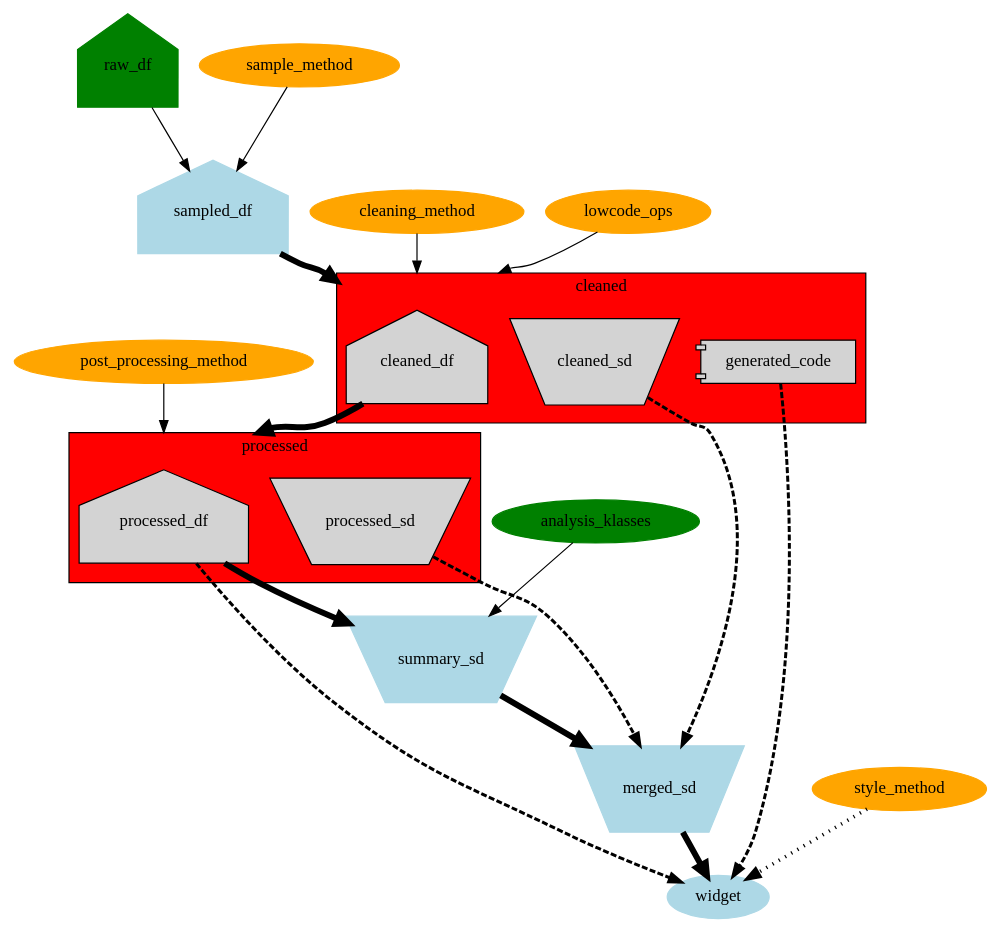
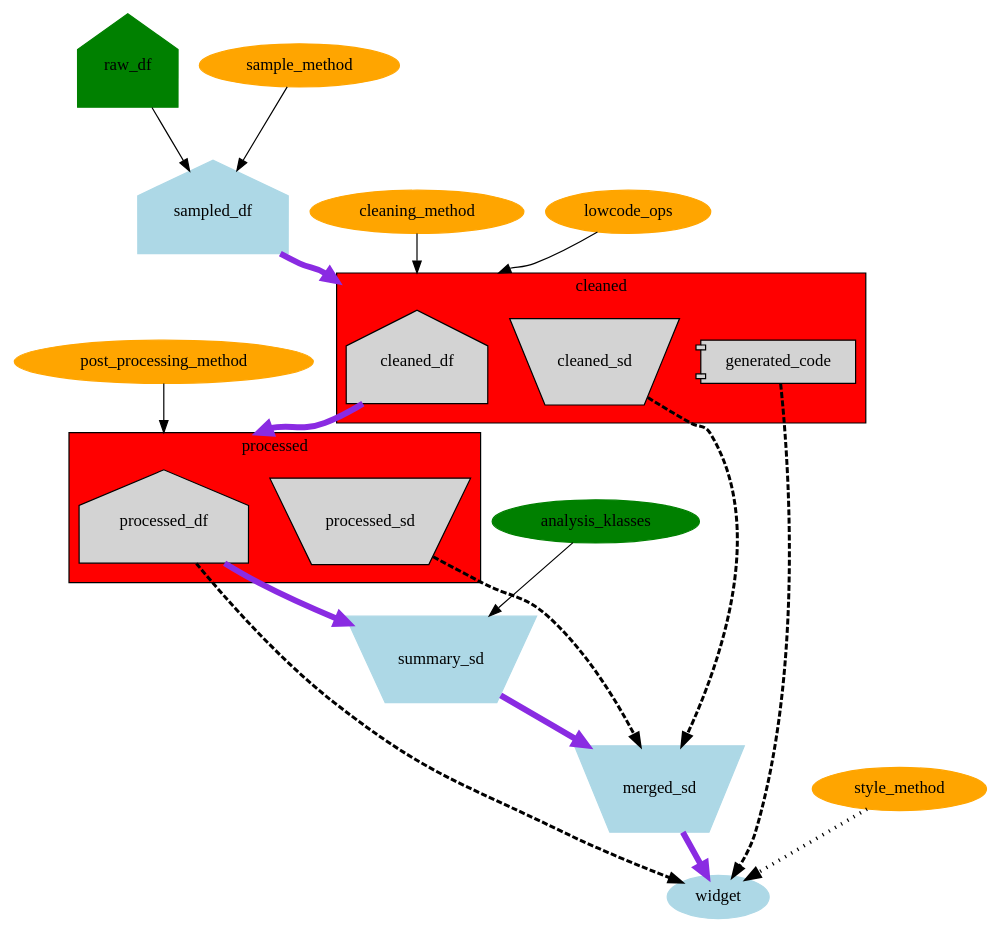
The diagram in docs/source/articles/dataflow.dot (paddymul/buckaroo), drawn with Graphviz before and after one commit. The commit also changed 3 other files, not shown here.

```diff
--- a/docs/source/articles/dataflow.dot
+++ b/docs/source/articles/dataflow.dot
@@ -1,62 +1,62 @@
 digraph g {
     compound=true;
 	ratio = fill;
 	k=.8
 	node [style=filled];
 raw_df [color="green"; shape="house" height=1.2]
 sample_method [color="orange"];
 
 raw_df -> sampled_df;
 sample_method -> sampled_df;
 
 sampled_df [color="lightblue"; shape="house" height=1.2];
 cleaning_method [color="orange"];
 lowcode_ops [color="orange"];
 
 subgraph cluster_cleaned {
     label="cleaned";
     fillcolor="red";
     style=filled;
     cleaned_df [shape="house" height=1.2;];
     cleaned_sd [shape="invtrapezium" height=1 width=.5];
     generated_code [shape="component"];
 }
 
-	sampled_df -> cleaned_df [lhead=cluster_cleaned; penwidth = 5;]
+	sampled_df -> cleaned_df [lhead=cluster_cleaned; color="blueviolet"; penwidth = 5;]
 	cleaning_method -> cleaned_df [lhead=cluster_cleaned]
 	lowcode_ops -> cleaned_df [lhead=cluster_cleaned]
   
 
 subgraph cluster_processed {
 	 label="processed";
 	 fillcolor="red";
 	 style=filled;
      processed_df [shape="house" height=1.2];
 	 processed_sd  [shape="invtrapezium" height=1 width=.5];
 }
 
-	cleaned_df -> processed_df[lhead=cluster_processed; penwidth = 5; weight=3 ];
+	cleaned_df -> processed_df[lhead=cluster_processed; color="blueviolet"; penwidth = 5; weight=3 ];
 	post_processing_method -> processed_df[lhead=cluster_processed];
 post_processing_method [color="orange"];
 
-    processed_df -> summary_sd [ penwidth = 5; sametail="asdf" weight=5] ;
+    processed_df -> summary_sd [ color="blueviolet"; penwidth = 5; sametail="asdf" weight=5] ;
 	analysis_klasses -> summary_sd [weight=4];
 
 summary_sd [color="lightblue" shape="invtrapezium" height=1 width=.5];
 analysis_klasses [color="green"];
 
 	cleaned_sd -> merged_sd [style="dashed" weight=2.5 penwidth=2.5];
-	summary_sd -> merged_sd  [penwidth = 5];
+	summary_sd -> merged_sd  [color="blueviolet"; penwidth = 5];
 	processed_sd -> merged_sd [style="dashed" penwidth=2.5];
 
 merged_sd [color="lightblue"; shape="invtrapezium" height=1 width=.5]
 
 widget [color="lightblue"];
         processed_df -> widget [style="dashed" weight=2.8 penwidth=2.5];
-        merged_sd -> widget [penwidth = 5];
+        merged_sd -> widget [color="blueviolet"; penwidth = 5];
 	style_method -> widget [style="dotted" penwidth=3];
 	generated_code -> widget [style="dashed" weight=2 penwidth=2.5];
 
 style_method [color="orange"];
 
 }
```
